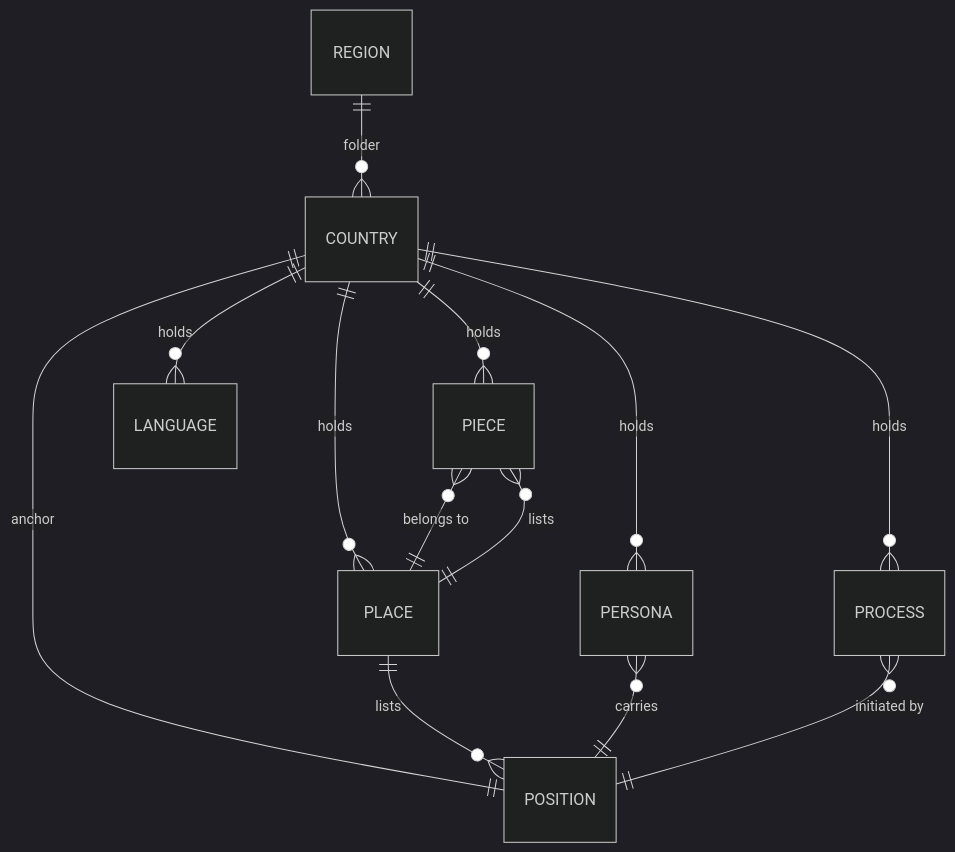
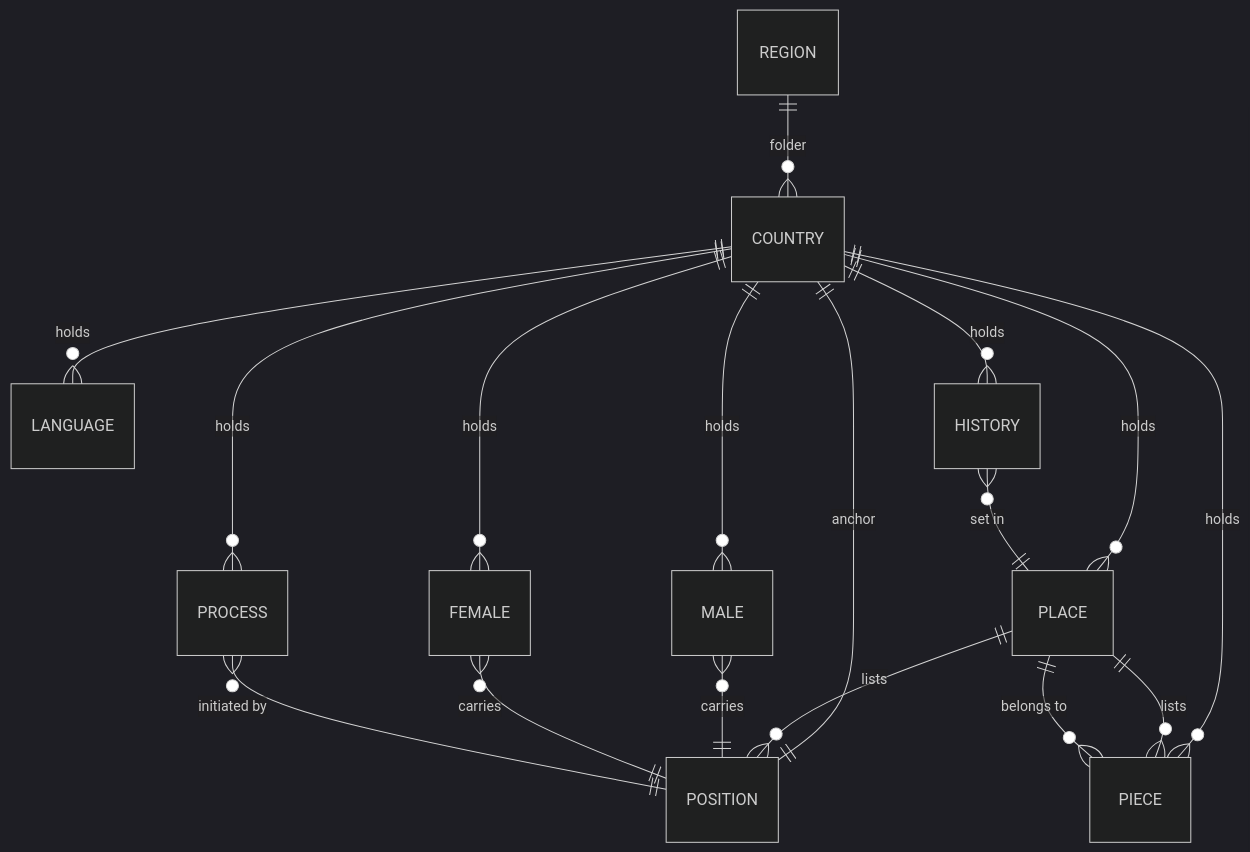
Before and after one commit to ChBrain/Cultures: the diagram in ARCHITECTURE.md, drawn with Mermaid (dark theme). The commit also changed other lines of this file, not shown here.

First line of the commit message:
step 4/5 chore(v2): ARCHITECTURE.md - v2 canonical structure (8 kinds + khai)

````diff
--- a/ARCHITECTURE.md
+++ b/ARCHITECTURE.md
@@ -273,15 +369,19 @@
 ```mermaid
 erDiagram
     REGION ||--o{ COUNTRY : "folder"
     COUNTRY ||--|| POSITION : "anchor"
+    COUNTRY ||--o{ LANGUAGE : "holds"
+    COUNTRY ||--o{ HISTORY : "holds"
+    COUNTRY ||--o{ PROCESS : "holds"
     COUNTRY ||--o{ PIECE : "holds"
     COUNTRY ||--o{ PLACE : "holds"
-    COUNTRY ||--o{ PERSONA : "holds"
-    COUNTRY ||--o{ LANGUAGE : "holds"
-    COUNTRY ||--o{ PROCESS : "holds"
+    COUNTRY ||--o{ MALE : "holds"
+    COUNTRY ||--o{ FEMALE : "holds"
+    HISTORY }o--|| PLACE : "set in"
     PIECE }o--|| PLACE : "belongs to"
     PLACE ||--o{ POSITION : "lists"
     PLACE ||--o{ PIECE : "lists"
-    PERSONA }o--|| POSITION : "carries"
+    MALE }o--|| POSITION : "carries"
+    FEMALE }o--|| POSITION : "carries"
     PROCESS }o--|| POSITION : "initiated by"
 ```
````
